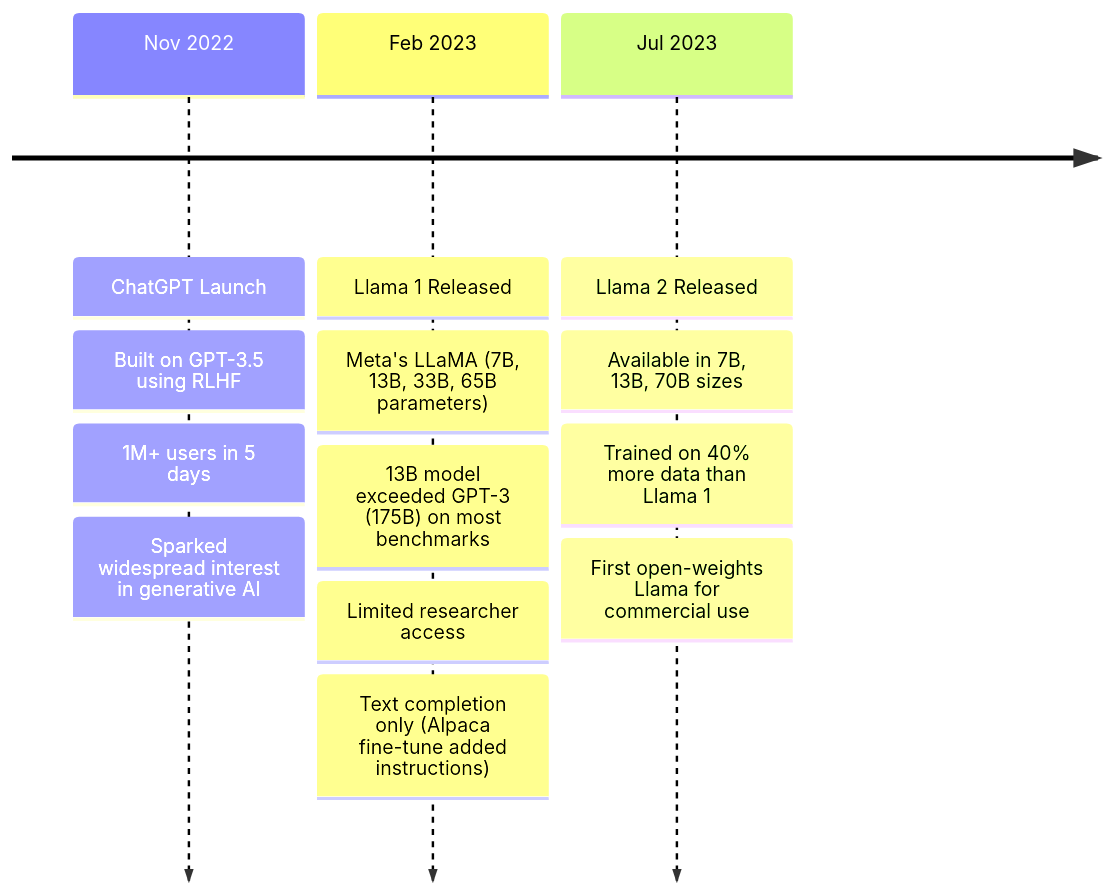
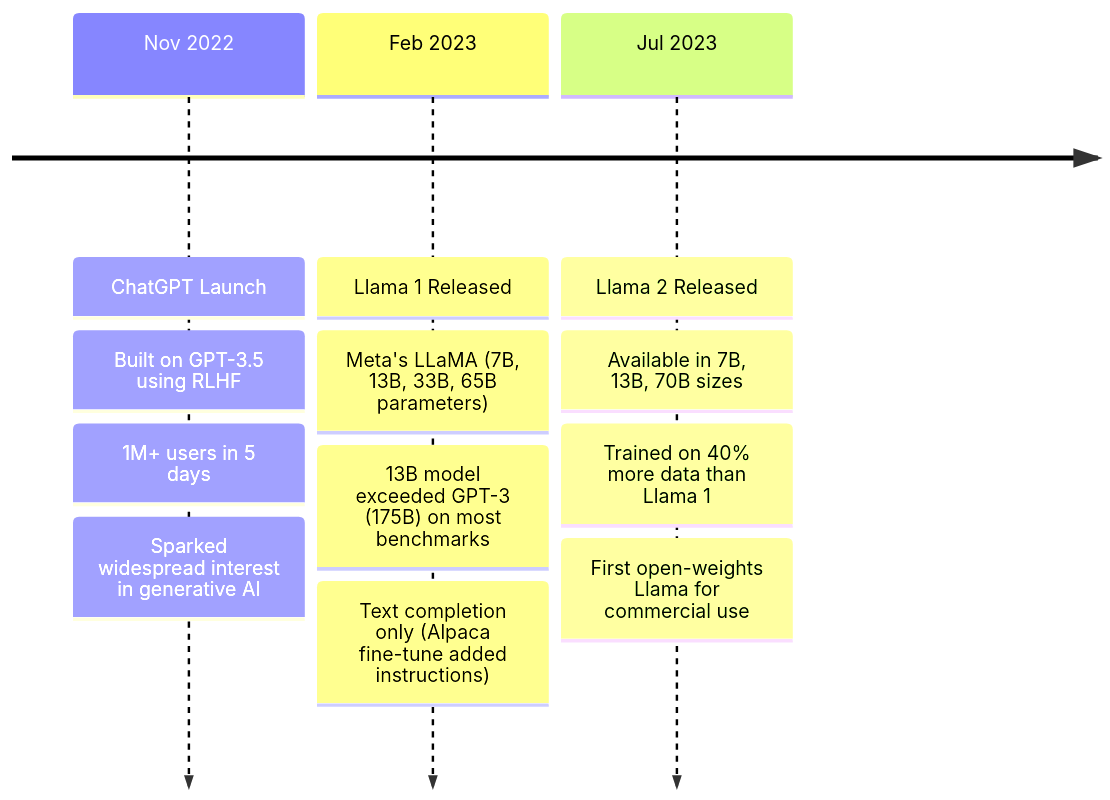
One commit to simonguest/CS-394 changed the second of 2 diagrams in src/02/slides.qmd. Above: the diagram before and after it, drawn with Mermaid. The commit also changed other lines of this file and 3 other files, not shown here.

````diff
--- a/src/02/slides.qmd
+++ b/src/02/slides.qmd
@@ -169,18 +179,17 @@
 ```{mermaid}
 timeline
     Nov 2022 : ChatGPT Launch
                   : Built on GPT-3.5 using RLHF
                   : 1M+ users in 5 days
                   : Sparked widespread interest in generative AI
 
     Feb 2023 : Llama 1 Released
                   : Meta's LLaMA (7B, 13B, 33B, 65B parameters)
                   : 13B model exceeded GPT-3 (175B) on most benchmarks
-                  : Limited researcher access
                   : Text completion only (Alpaca fine-tune added instructions)
 
     Jul 2023 : Llama 2 Released
               : Available in 7B, 13B, 70B sizes
               : Trained on 40% more data than Llama 1
               : First open-weights Llama for commercial use
 ```
````
